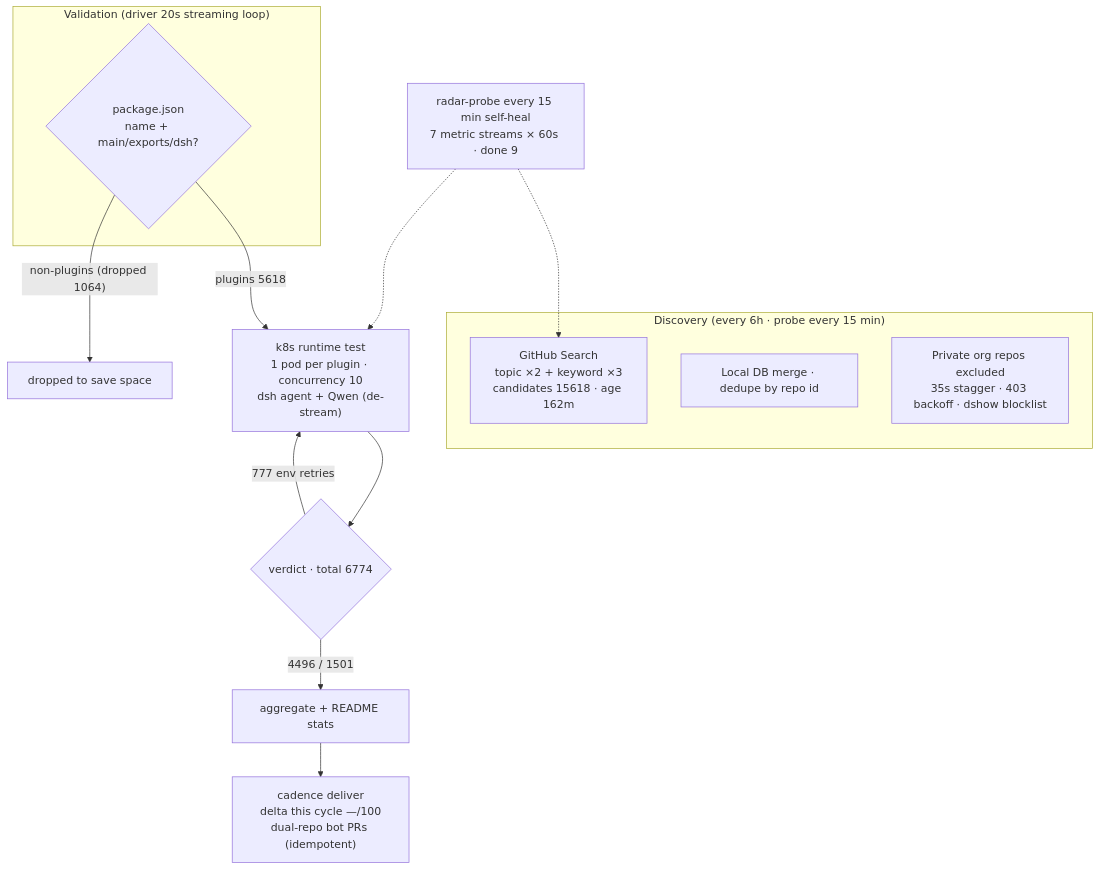
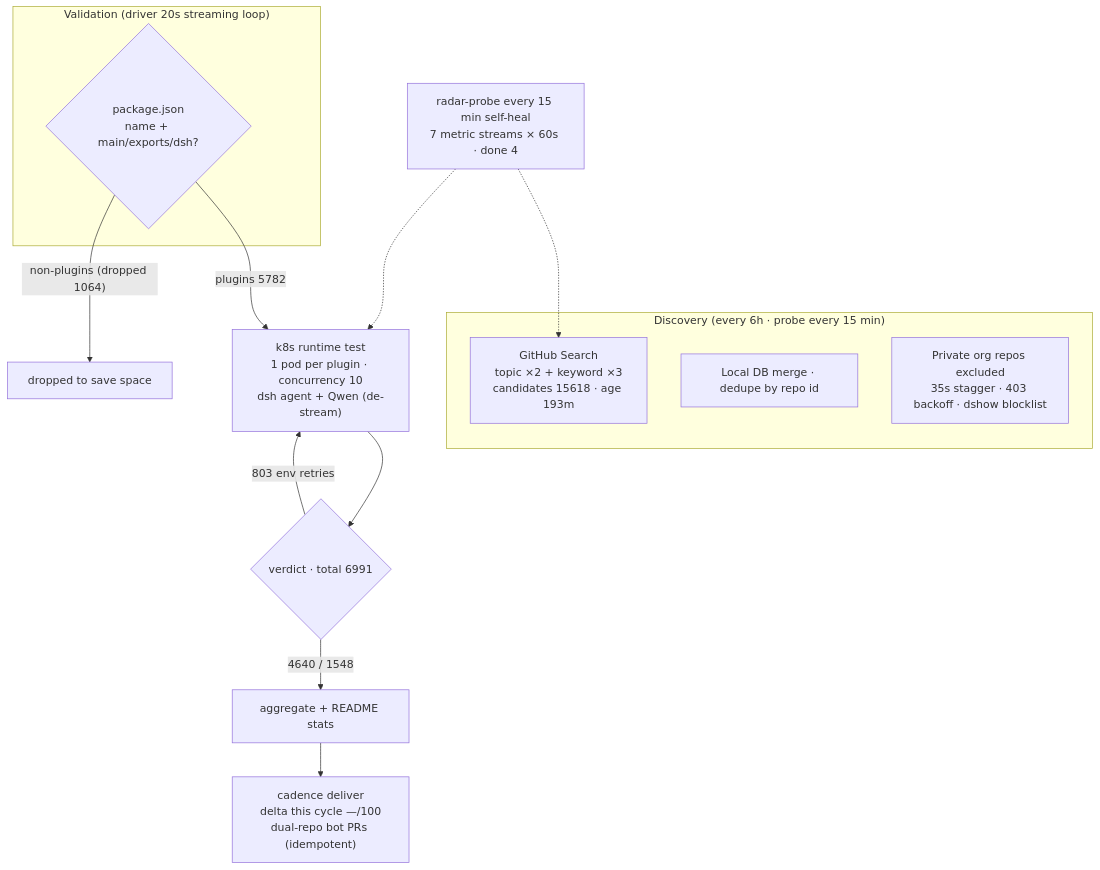
The diagram in README.en-US.md (AdamPlatin123/awesome-dsh-plugins), drawn with Mermaid before and after one commit. The commit also changed other lines of this file and 5 other files, not shown here.

````diff
--- a/README.en-US.md
+++ b/README.en-US.md
@@ -30,20 +30,20 @@
 ```mermaid
 flowchart TB
     subgraph Discovery["Discovery (every 6h · probe every 15 min)"]
-        A1["GitHub Search<br/>topic ×2 + keyword ×3<br/>candidates 15618 · age 162m"]
+        A1["GitHub Search<br/>topic ×2 + keyword ×3<br/>candidates 15618 · age 193m"]
         A2["Local DB merge · dedupe by repo id"]
         A3["Private org repos excluded<br/>35s stagger · 403 backoff · dshow blocklist"]
     end
     subgraph Validation["Validation (driver 20s streaming loop)"]
         B1{"package.json<br/>name + main/exports/dsh?"}
     end
-    B1 -->|"plugins 5618"| C1["k8s runtime test<br/>1 pod per plugin · concurrency 10<br/>dsh agent + Qwen (de-stream)"]
+    B1 -->|"plugins 5782"| C1["k8s runtime test<br/>1 pod per plugin · concurrency 10<br/>dsh agent + Qwen (de-stream)"]
     B1 -->|"non-plugins (dropped 1064)"| B3["dropped to save space"]
-    C1 --> D1{"verdict · total 6774"}
-    D1 -->|"4496 / 1501"| E1["aggregate + README stats"]
-    D1 -->|"777 env retries"| C1
+    C1 --> D1{"verdict · total 6991"}
+    D1 -->|"4640 / 1548"| E1["aggregate + README stats"]
+    D1 -->|"803 env retries"| C1
     E1 --> E2["cadence deliver<br/>delta this cycle —/100<br/>dual-repo bot PRs (idempotent)"]
-    M["radar-probe every 15 min self-heal<br/>7 metric streams × 60s · done 9"]
+    M["radar-probe every 15 min self-heal<br/>7 metric streams × 60s · done 4"]
     M -.-> A1
     M -.-> C1
 ```
````
